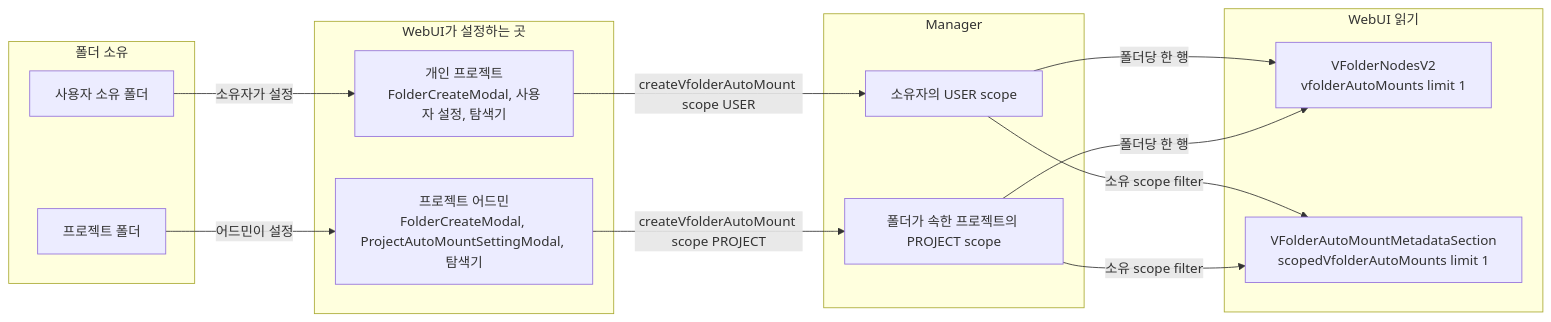
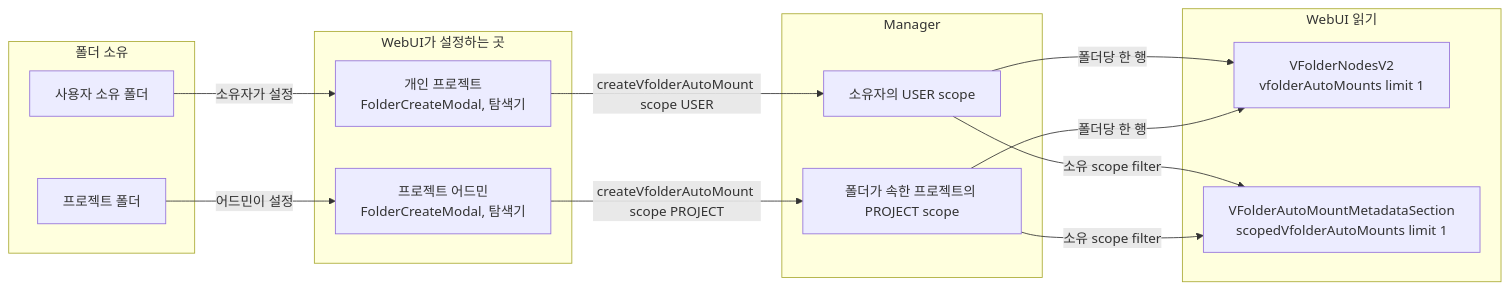
Before and after one commit to lablup/backend.ai-webui: the diagram in docs/adr/0031-one-auto-mount-per-folder.ko.md, drawn with Mermaid. The commit also changed other lines of this file and 35 other files, not shown here.

First line of the commit message:
refactor(#10529): set auto-mounts only from the folder

````diff
--- a/docs/adr/0031-one-auto-mount-per-folder.ko.md
+++ b/docs/adr/0031-one-auto-mount-per-folder.ko.md
@@ -20,27 +20,27 @@
 ```mermaid
 flowchart LR
   subgraph owner["폴더 소유"]
     userFolder["사용자 소유 폴더"]
     projectFolder["프로젝트 폴더"]
   end
   subgraph set["WebUI가 설정하는 곳"]
-    personal["개인 프로젝트<br/>FolderCreateModal, 사용자 설정, 탐색기"]
-    admin["프로젝트 어드민<br/>FolderCreateModal, ProjectAutoMountSettingModal, 탐색기"]
+    personal["개인 프로젝트<br/>FolderCreateModal, 탐색기"]
+    admin["프로젝트 어드민<br/>FolderCreateModal, 탐색기"]
   end
   subgraph manager["Manager"]
     userScope["소유자의 USER scope"]
     projectScope["폴더가 속한 프로젝트의 PROJECT scope"]
   end
   subgraph read["WebUI 읽기"]
     list["VFolderNodesV2<br/>vfolderAutoMounts limit 1"]
     explorer["VFolderAutoMountMetadataSection<br/>scopedVfolderAutoMounts limit 1"]
   end
   userFolder -- "소유자가 설정" --> personal
   projectFolder -- "어드민이 설정" --> admin
   personal -- "createVfolderAutoMount scope USER" --> userScope
   admin -- "createVfolderAutoMount scope PROJECT" --> projectScope
   userScope -- "폴더당 한 행" --> list
   projectScope -- "폴더당 한 행" --> list
   userScope -- "소유 scope filter" --> explorer
   projectScope -- "소유 scope filter" --> explorer
 ```
````
